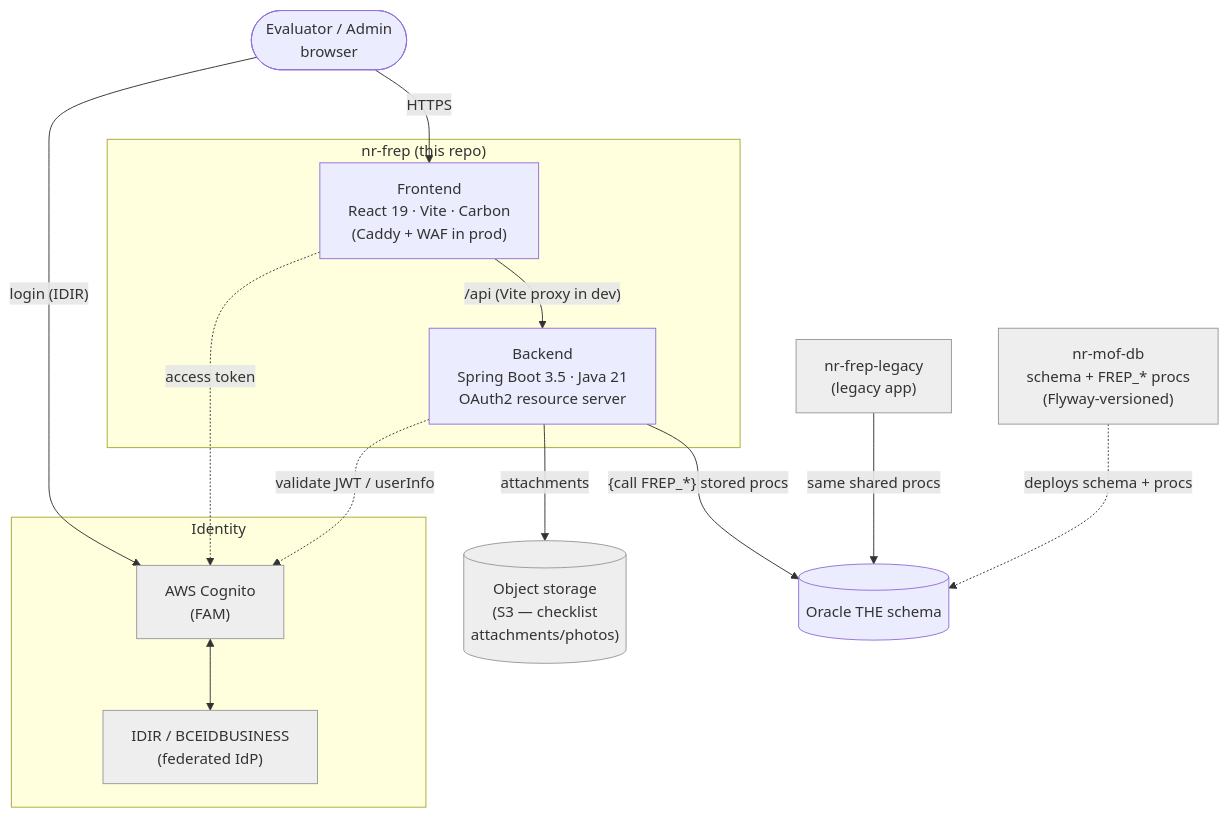
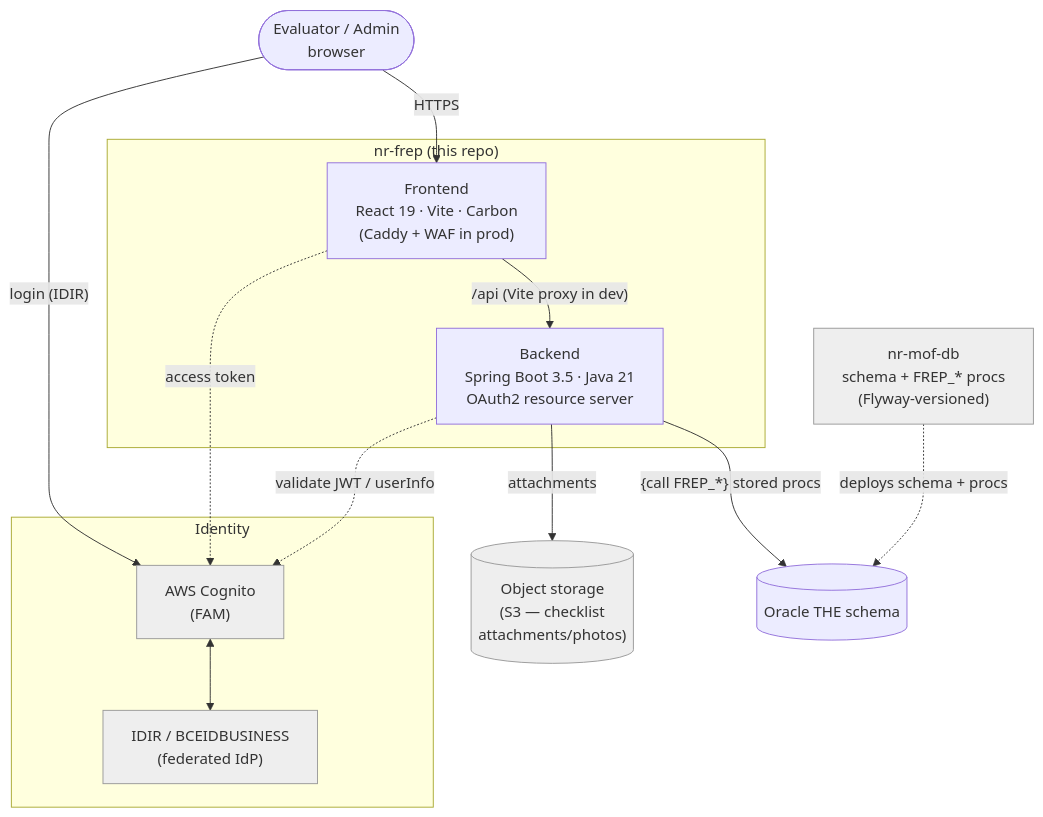
The diagram in docs/architecture.md (bcgov/nr-frep), drawn with Mermaid before and after one commit. The commit also changed other lines of this file and 4 other files, not shown here.

````diff
--- a/docs/architecture.md
+++ b/docs/architecture.md
@@ -33,33 +31,31 @@
 ```mermaid
 flowchart TB
     user([Evaluator / Admin<br/>browser])
 
     subgraph auth["Identity"]
         cognito["AWS Cognito<br/>(FAM)"]
         idir["IDIR / BCEIDBUSINESS<br/>(federated IdP)"]
         cognito <--> idir
     end
 
     subgraph app["nr-frep (this repo)"]
         fe["Frontend<br/>React 19 · Vite · Carbon<br/>(Caddy + WAF in prod)"]
         be["Backend<br/>Spring Boot 3.5 · Java 21<br/>OAuth2 resource server"]
     end
 
     s3[("Object storage<br/>(S3 — checklist<br/>attachments/photos)")]
-    legacy["nr-frep-legacy<br/>(legacy app)"]
     db[("Oracle THE schema")]
     mofdb["nr-mof-db<br/>schema + FREP_* procs<br/>(Flyway-versioned)"]
 
     user -->|"login (IDIR)"| cognito
     user -->|HTTPS| fe
     fe -->|"/api  (Vite proxy in dev)"| be
     fe -.->|"access token"| cognito
     be -.->|"validate JWT / userInfo"| cognito
     be -->|"{call FREP_*} stored procs"| db
     be -->|attachments| s3
-    legacy -->|"same shared procs"| db
     mofdb -.->|"deploys schema + procs"| db
 
     classDef ext fill:#eee,stroke:#999,color:#333;
-    class cognito,idir,legacy,mofdb,s3 ext;
+    class cognito,idir,mofdb,s3 ext;
 ```
````
